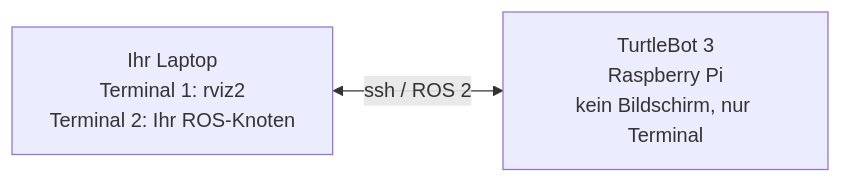
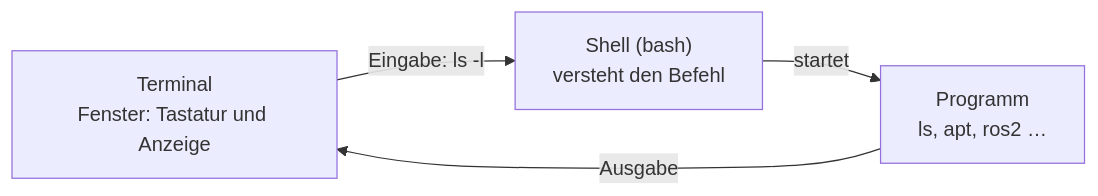
The diagram in exercises/uebung_01_linux_shell/README.md (TUBAF-IfI-LiaScript/VL_SoftwareprojektRobotik), drawn with Mermaid before and after one commit. The commit also changed other lines of this file and 2 other files, not shown here.

````diff
--- a/exercises/uebung_01_linux_shell/README.md
+++ b/exercises/uebung_01_linux_shell/README.md
@@ -95,4 +100,6 @@
 ```mermaid @mermaid
 graph LR
-    L["Ihr Laptop<br/>Terminal 1: rviz2<br/>Terminal 2: Ihr ROS-Knoten"] <-- "ssh / ROS 2" --> T["TurtleBot 3<br/>Raspberry Pi<br/>kein Bildschirm, nur Terminal"]
+    T["Terminal<br/>Fenster: Tastatur und Anzeige"] -- "Eingabe: ls -l" --> S["Shell (bash)<br/>versteht den Befehl"]
+    S -- "startet" --> P["Programm<br/>ls, apt, ros2 …"]
+    P -- "Ausgabe" --> T
 ```
````
